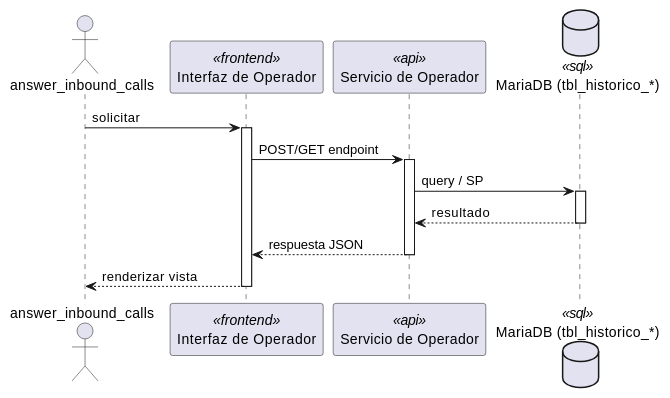
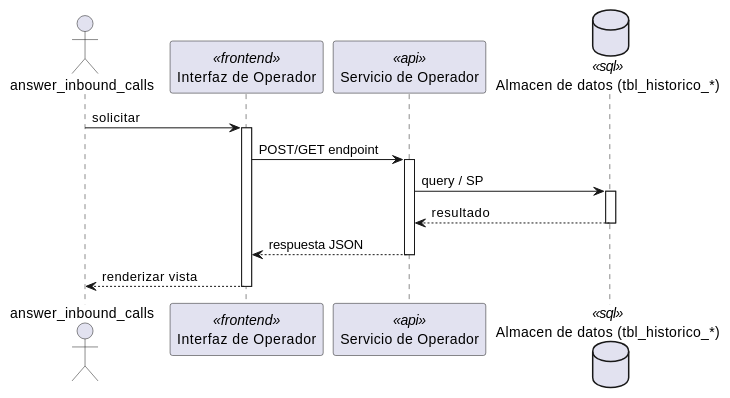
One commit to jcg-admin/IACT-docs changed the diagram in source/arquitectura-tecnica/DesignView/atender-llamada-entrante-secuencia.rst. Above: the diagram before and after it, drawn with PlantUML. The commit also changed 160 other files, not shown here.

```diff
--- a/source/arquitectura-tecnica/DesignView/atender-llamada-entrante-secuencia.rst
+++ b/source/arquitectura-tecnica/DesignView/atender-llamada-entrante-secuencia.rst
@@ -25,28 +25,28 @@
 .. uml::
  :caption: UC_OPR_02 — Design View (secuencia)
 
  @startuml
 
  actor "answer_inbound_calls" as answer_inbound_calls
  participant "Interfaz de Operador" as Iface <<frontend>>
  participant "Servicio de Operador" as SvcNode <<api>>
- database "MariaDB (tbl_historico_*)" as Store <<sql>>
+ database "Almacen de datos (tbl_historico_*)" as Store <<sql>>
 
  answer_inbound_calls -> Iface : solicitar
  activate Iface
 
  Iface -> SvcNode : POST/GET endpoint
  activate SvcNode
 
  SvcNode -> Store : query / SP
  activate Store
  Store --> SvcNode : resultado
  deactivate Store
 
  SvcNode --> Iface : respuesta JSON
  deactivate SvcNode
 
  Iface --> answer_inbound_calls : renderizar vista
  deactivate Iface
 
  @enduml
```
